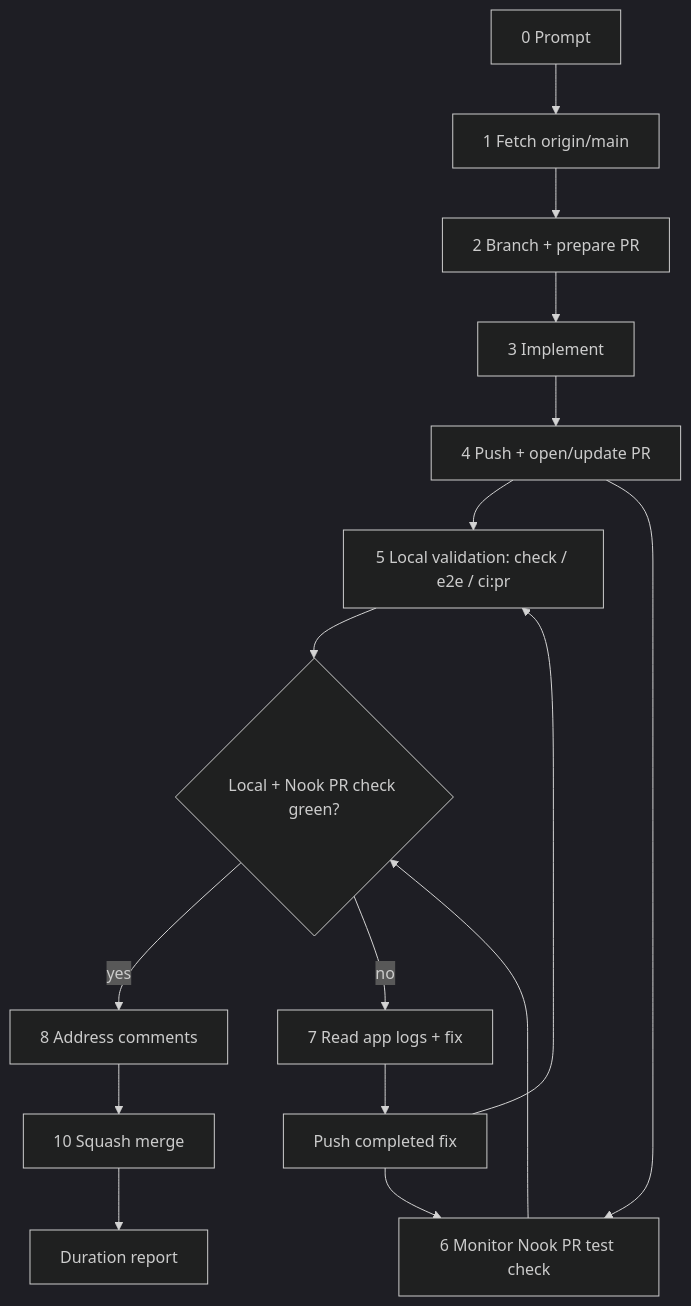
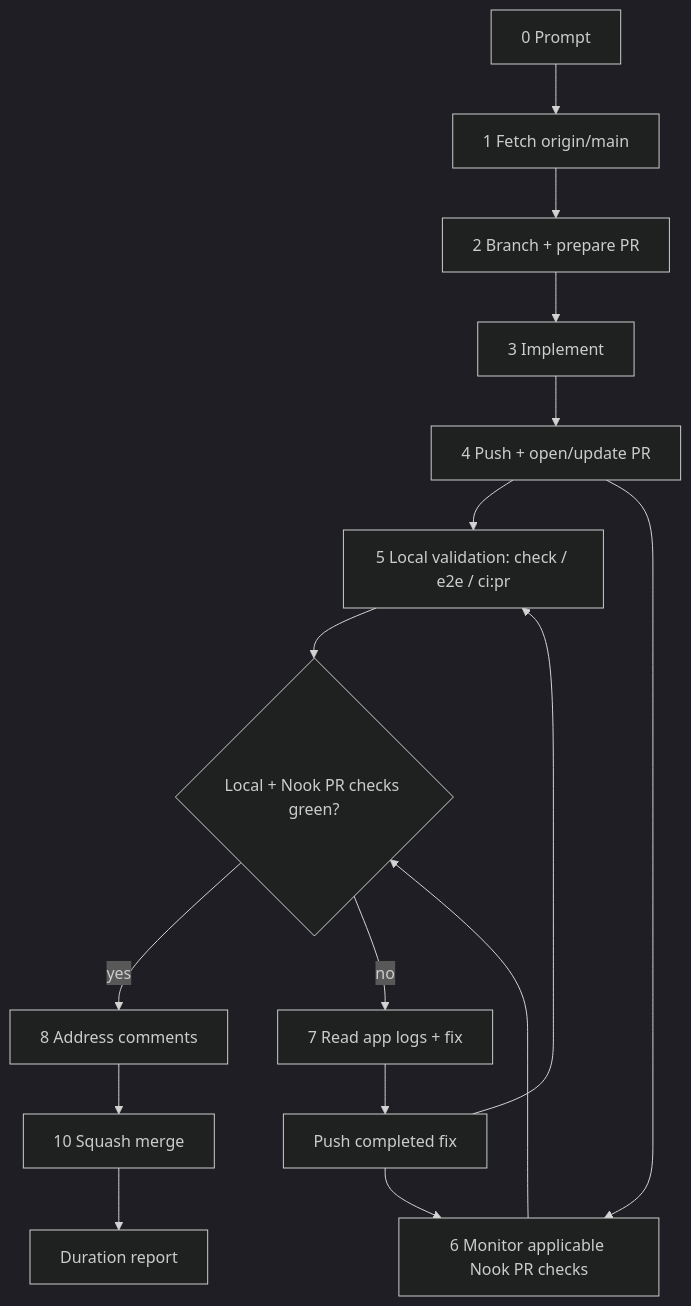
Before and after one commit to meta-secret/nook: the diagram in .cortex/workflows/coding-bro.md, drawn with Mermaid (dark theme). The commit also changed other lines of this file and 14 other files, not shown here.

````diff
--- a/.cortex/workflows/coding-bro.md
+++ b/.cortex/workflows/coding-bro.md
@@ -141,18 +163,18 @@
 ```mermaid
 flowchart TD
   P[0 Prompt] --> F[1 Fetch origin/main]
   F --> B[2 Branch + prepare PR]
   B --> I[3 Implement]
   I --> PU[4 Push + open/update PR]
   PU --> L[5 Local validation: check / e2e / ci:pr]
-  PU --> PR[6 Monitor Nook PR test check]
-  L --> G{Local + Nook PR check green?}
+  PU --> PR[6 Monitor applicable Nook PR checks]
+  L --> G{Local + Nook PR checks green?}
   PR --> G
   G -->|yes| C[8 Address comments]
   C --> M[10 Squash merge]
   G -->|no| FIX[7 Read app logs + fix]
   FIX --> PUSH[Push completed fix]
   PUSH --> L
   PUSH --> PR
   M --> D[Duration report]
 ```
````
